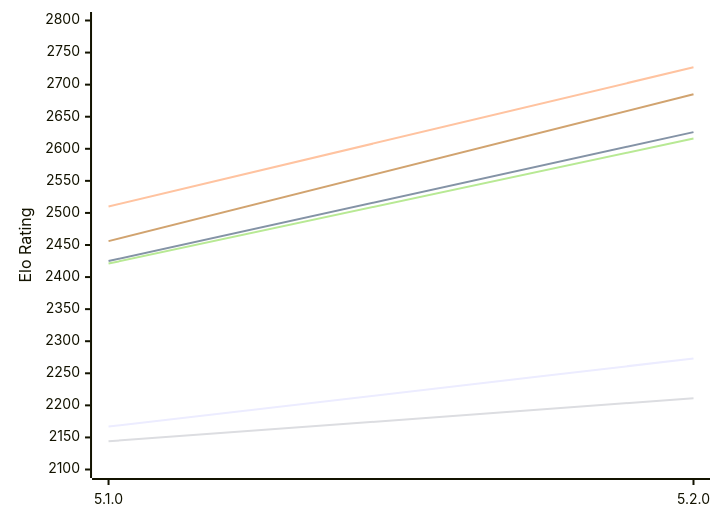
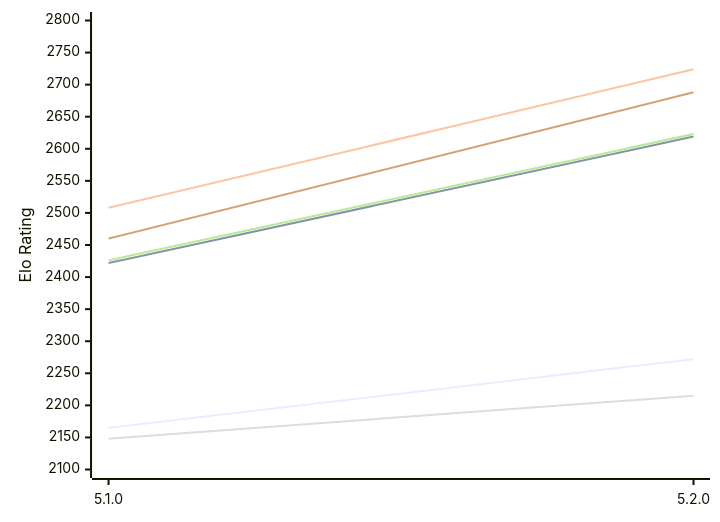
One commit to computer-chess-index/cci changed the first of 2 diagrams in engines/Aconcagua.md. Above: the diagram before and after it, drawn with Mermaid. The commit also changed other lines of this file, not shown here.

Commit message:
Update CCI Ratings (ELO VLTC) - 2026-11-23

````diff
--- a/engines/Aconcagua.md
+++ b/engines/Aconcagua.md
@@ -53,12 +53,12 @@
 ```mermaid
 %%{init: {"theme":"base","themeVariables":{"seriesColors:['#a3a3a3','#222221','#faa371']}}}%%
 xychart-beta
   x-axis ["5.1.0", "5.2.0"]
   y-axis "Elo Rating" 2100 --> 2800
-  line "E1: STC (8.0+0.08s)" [2167, 2273]
-  line "E1: LTC (60.0+0.60s)" [2425, 2626]
-  line "E1: VLTC (2m24s+1.12s)" [2510, 2727]
-  line "P1: STC (8.0+0.08s)" [2144, 2211]
-  line "P1: LTC (60.0+0.60s)" [2421, 2616]
-  line "P1: VLTC (2m24s+1.12s)" [2456, 2685]
+  line "E1: STC (8.0+0.08s)" [2165, 2272]
+  line "E1: LTC (60.0+0.60s)" [2422, 2619]
+  line "E1: VLTC (2m24s+1.12s)" [2508, 2724]
+  line "P1: STC (8.0+0.08s)" [2148, 2215]
+  line "P1: LTC (60.0+0.60s)" [2426, 2623]
+  line "P1: VLTC (2m24s+1.12s)" [2460, 2688]
 ```
````
